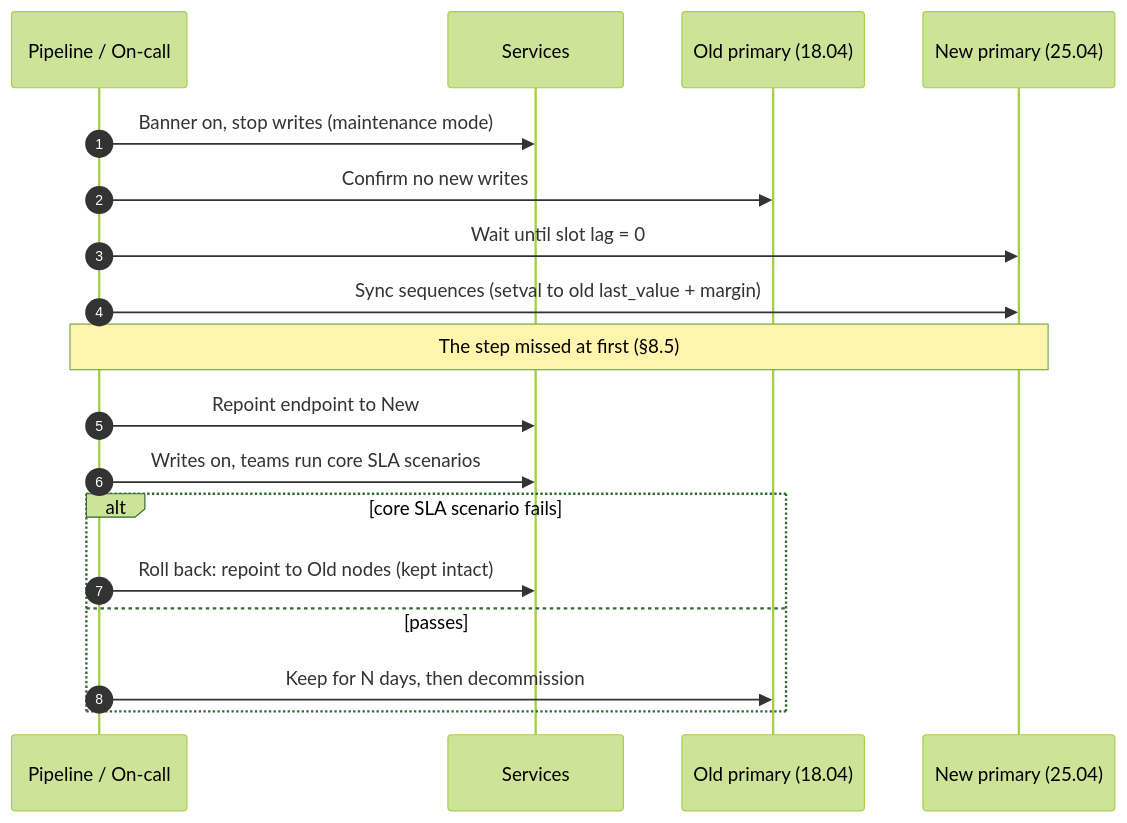
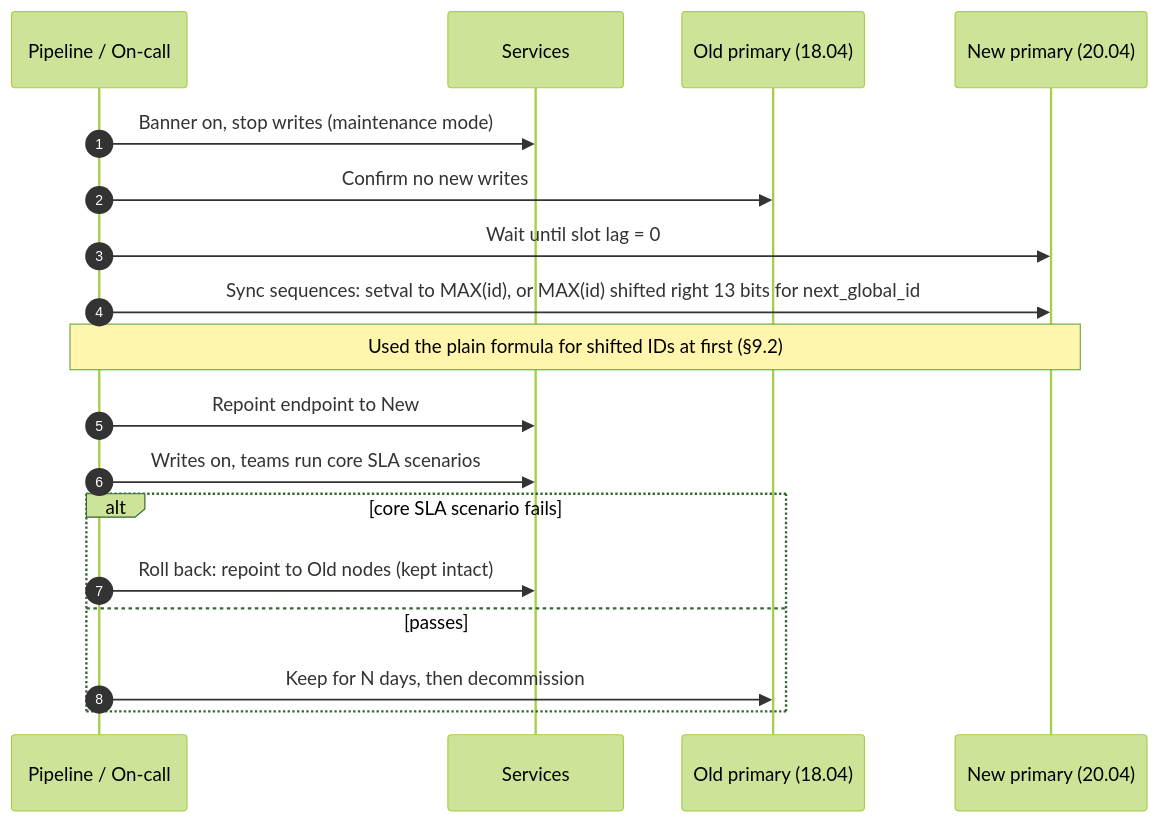
The third of 3 diagrams in Behavioral/Tech_project_deep_dive/Tech-retro-project.md (piyushkp/interview26), drawn with Mermaid (forest theme) before and after one commit. The commit also changed other lines of this file and 9 other files, not shown here.

````diff
--- a/Behavioral/Tech_project_deep_dive/Tech-retro-project.md
+++ b/Behavioral/Tech_project_deep_dive/Tech-retro-project.md
@@ -417,20 +266,20 @@
 ```mermaid
 sequenceDiagram
     autonumber
     participant Ops as Pipeline / On-call
     participant App as Services
     participant Old as Old primary (18.04)
-    participant New as New primary (25.04)
+    participant New as New primary (20.04)
     Ops->>App: Banner on, stop writes (maintenance mode)
     Ops->>Old: Confirm no new writes
     Ops->>New: Wait until slot lag = 0
-    Ops->>New: Sync sequences (setval to old last_value + margin)
-    Note over Ops,New: The step missed at first (§8.5)
+    Ops->>New: Sync sequences: setval to MAX(id), or MAX(id) shifted right 13 bits for next_global_id
+    Note over Ops,New: Used the plain formula for shifted IDs at first (§9.2)
     Ops->>App: Repoint endpoint to New
     Ops->>App: Writes on, teams run core SLA scenarios
     alt core SLA scenario fails
         Ops->>App: Roll back: repoint to Old nodes (kept intact)
     else passes
         Ops->>Old: Keep for N days, then decommission
     end
 ```
````
